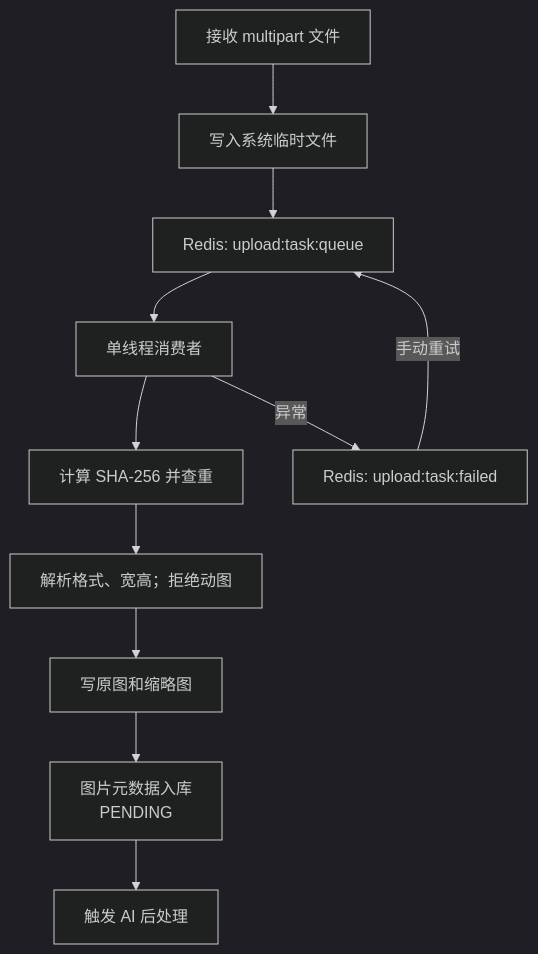
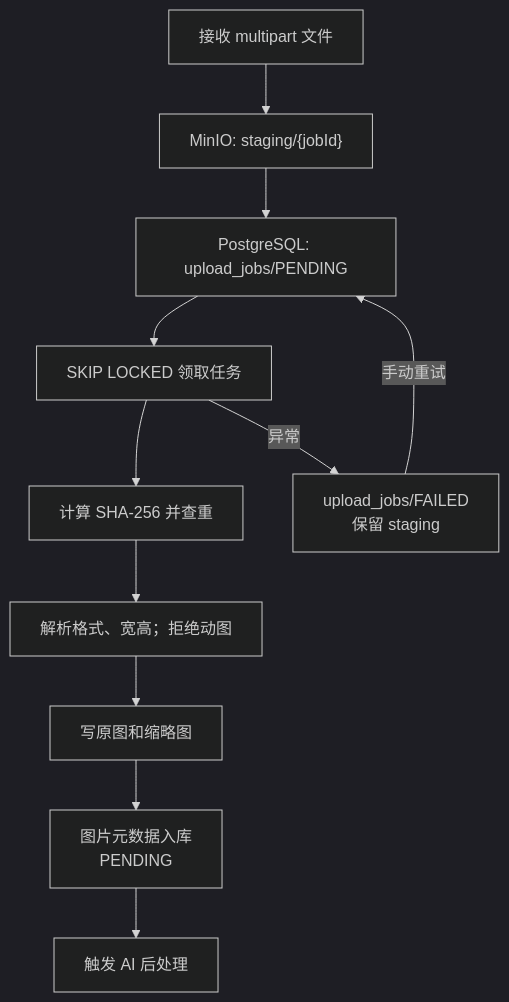
Before and after one commit to tamakara/bakabooru: the second of 3 diagrams in docs/backend-web-service.md, drawn with Mermaid (dark theme). The commit also changed other lines of this file and 31 other files, not shown here.

````diff
--- a/docs/backend-web-service.md
+++ b/docs/backend-web-service.md
@@ -55,13 +57,13 @@
 ```mermaid
 flowchart TD
-    Upload["接收 multipart 文件"] --> Temp["写入系统临时文件"]
-    Temp --> Queue["Redis: upload:task:queue"]
-    Queue --> Worker["单线程消费者"]
+    Upload["接收 multipart 文件"] --> Staging["MinIO: staging/{jobId}"]
+    Staging --> Queue["PostgreSQL: upload_jobs/PENDING"]
+    Queue --> Worker["SKIP LOCKED 领取任务"]
     Worker --> Hash["计算 SHA-256 并查重"]
     Hash --> Meta["解析格式、宽高；拒绝动图"]
     Meta --> Objects["写原图和缩略图"]
     Objects --> Insert["图片元数据入库<br/>PENDING"]
     Insert --> Async["触发 AI 后处理"]
-    Worker -->|"异常"| Failed["Redis: upload:task:failed"]
+    Worker -->|"异常"| Failed["upload_jobs/FAILED<br/>保留 staging"]
     Failed -->|"手动重试"| Queue
 ```
````
